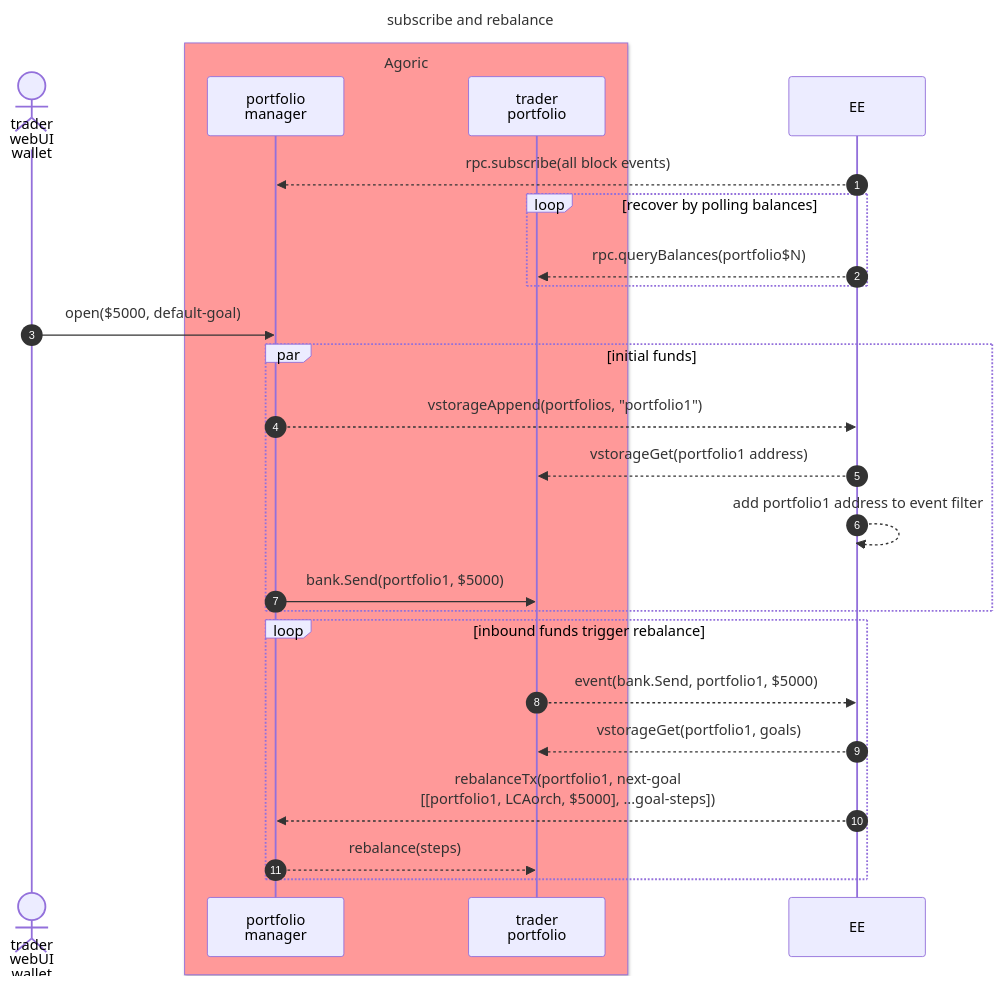
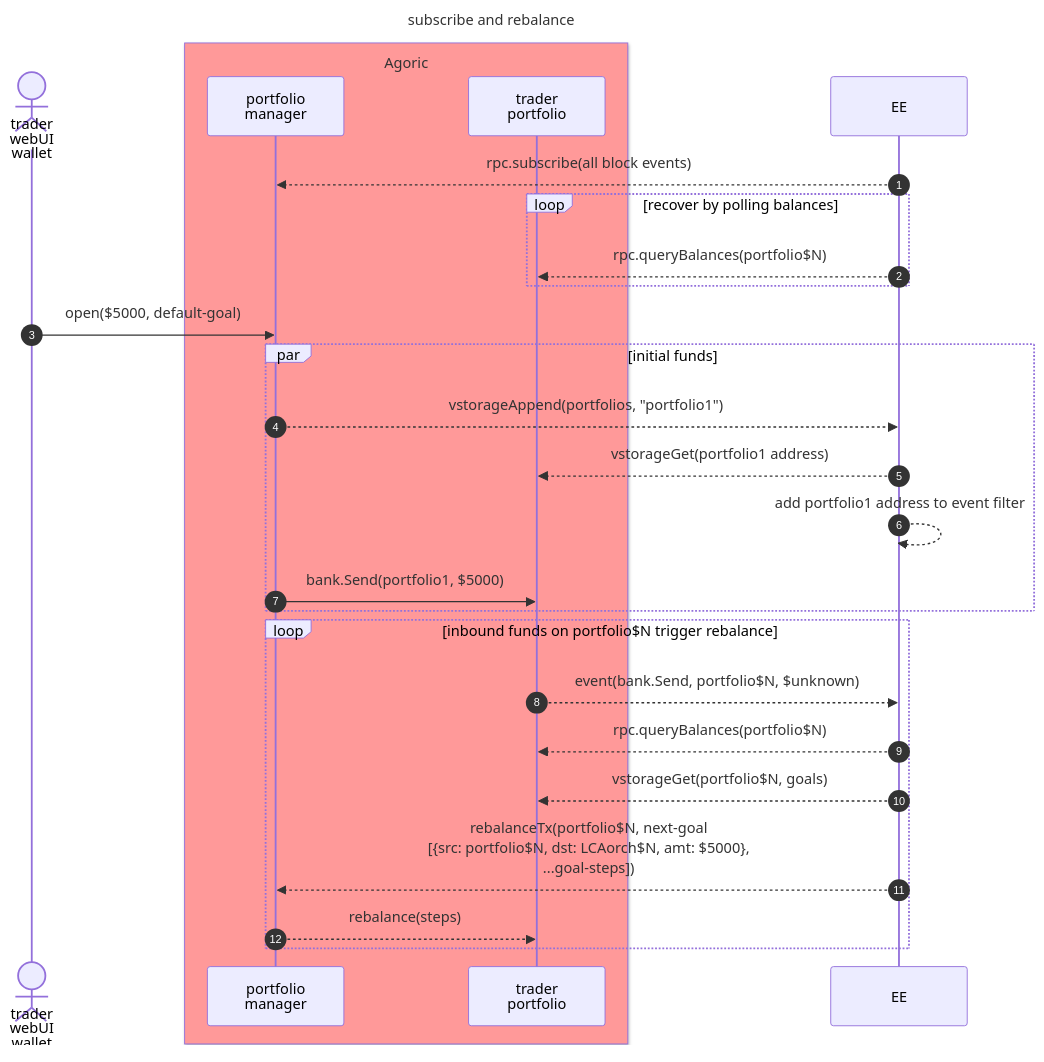
One commit to Agoric/agoric-sdk changed the diagram in packages/portfolio-planner/README.md. Above: the diagram before and after it, drawn with Mermaid. The commit also changed other lines of this file and 11 other files, not shown here.

````diff
--- a/packages/portfolio-planner/README.md
+++ b/packages/portfolio-planner/README.md
@@ -5,34 +5,35 @@
 ```mermaid
 sequenceDiagram
   title subscribe and rebalance
   autonumber
 
   actor trader as trader<br/>webUI<br/>wallet
 
   box rgb(255,153,153) Agoric
     participant manager as portfolio<br/>manager
     participant portfolio as trader<br/>portfolio
   end
 
   participant EE
   EE -->> manager: rpc.subscribe(all block events)
   loop recover by polling balances
     EE -->> portfolio: rpc.queryBalances(portfolio$N)
   end
 
   %% Notation: ->> for initial message, -->> for consequences
 
   trader ->> manager: open($5000, default-goal)
   par initial funds
     manager -->> EE: vstorageAppend(portfolios, "portfolio1")
     EE -->> portfolio: vstorageGet(portfolio1 address)
     EE -->> EE: add portfolio1 address to event filter
     manager ->> portfolio: bank.Send(portfolio1, $5000)
   end
-  loop inbound funds trigger rebalance
-    portfolio -->> EE: event(bank.Send, portfolio1, $5000)
-    EE -->> portfolio: vstorageGet(portfolio1, goals)
-    EE -->> manager: rebalanceTx(portfolio1, next-goal<br/> [[portfolio1, LCAorch, $5000], ...goal-steps])
+  loop inbound funds on portfolio$N trigger rebalance
+    portfolio -->> EE: event(bank.Send, portfolio$N, $unknown)
+    EE -->> portfolio: rpc.queryBalances(portfolio$N)
+    EE -->> portfolio: vstorageGet(portfolio$N, goals)
+    EE -->> manager: rebalanceTx(portfolio$N, next-goal<br/>[{src: portfolio$N, dst: LCAorch$N, amt: $5000},<br/> ...goal-steps])
     manager -->> portfolio: rebalance(steps)
   end
 ```
````
